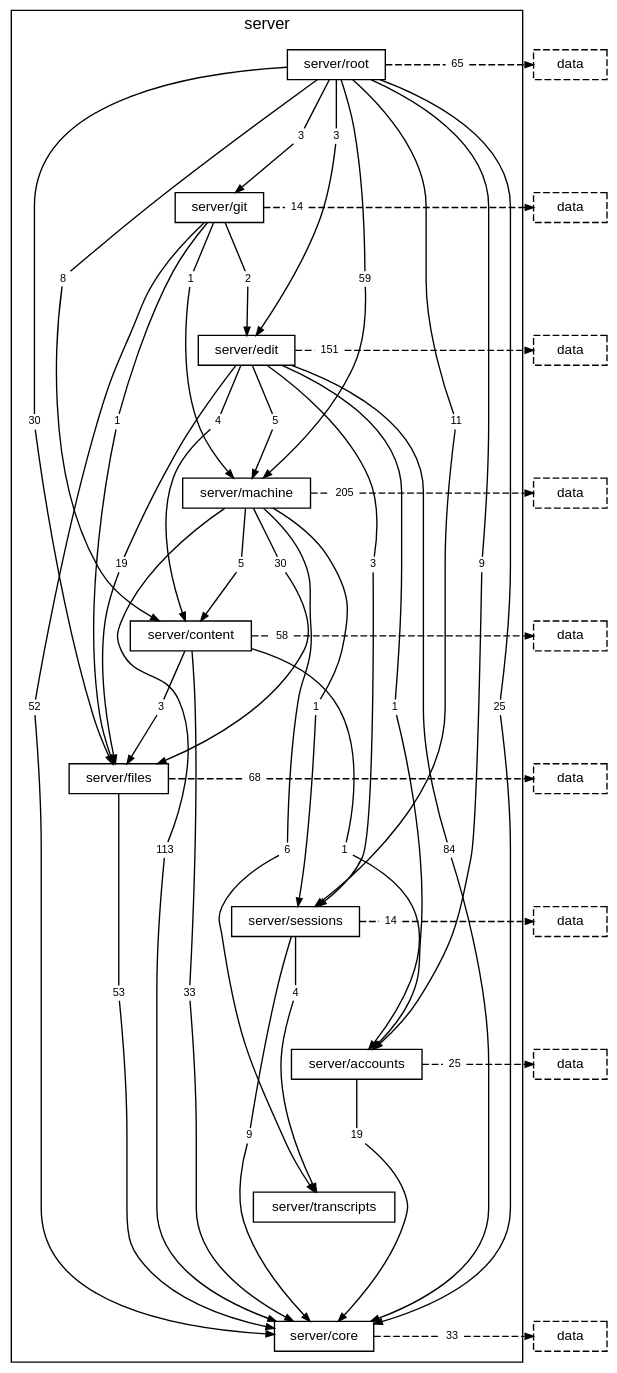
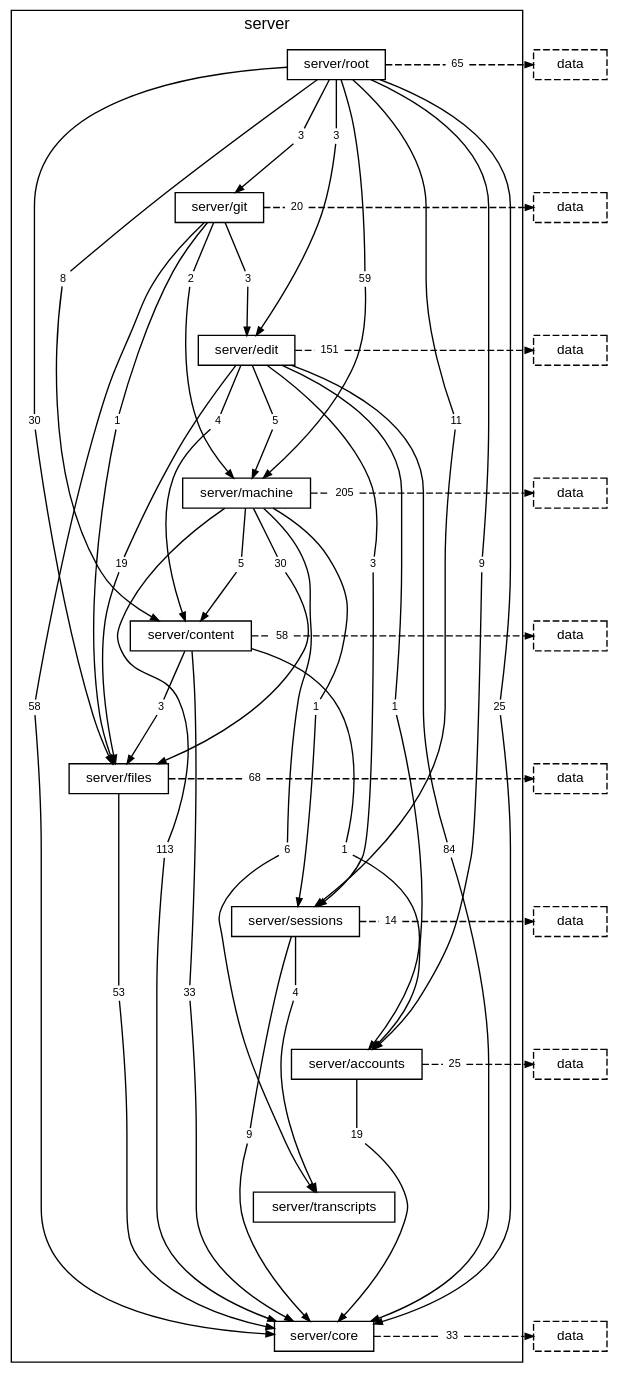
Before and after one commit to TheAxeC/oculus: the diagram in docs/diagrams/layer-server.dot, drawn with Graphviz. The commit also changed 74 other files, not shown here.

```diff
--- a/docs/diagrams/layer-server.dot
+++ b/docs/diagrams/layer-server.dot
@@ -23,11 +23,11 @@
         "folder server/root to folder server/machine" [label="59", shape=box, color="transparent", fontsize=8, width=0, height=0, margin="0.04,0.02"];
         "folder server/root to folder server/sessions" [label="11", shape=box, color="transparent", fontsize=8, width=0, height=0, margin="0.04,0.02"];
         "folder server/root to layer data" [label="65", shape=box, color="transparent", fontsize=8, width=0, height=0, margin="0.04,0.02"];
-        "folder server/git to folder server/core" [label="52", shape=box, color="transparent", fontsize=8, width=0, height=0, margin="0.04,0.02"];
-        "folder server/git to folder server/edit" [label="2", shape=box, color="transparent", fontsize=8, width=0, height=0, margin="0.04,0.02"];
+        "folder server/git to folder server/core" [label="58", shape=box, color="transparent", fontsize=8, width=0, height=0, margin="0.04,0.02"];
+        "folder server/git to folder server/edit" [label="3", shape=box, color="transparent", fontsize=8, width=0, height=0, margin="0.04,0.02"];
         "folder server/git to folder server/files" [label="1", shape=box, color="transparent", fontsize=8, width=0, height=0, margin="0.04,0.02"];
-        "folder server/git to folder server/machine" [label="1", shape=box, color="transparent", fontsize=8, width=0, height=0, margin="0.04,0.02"];
-        "folder server/git to layer data" [label="14", shape=box, color="transparent", fontsize=8, width=0, height=0, margin="0.04,0.02"];
+        "folder server/git to folder server/machine" [label="2", shape=box, color="transparent", fontsize=8, width=0, height=0, margin="0.04,0.02"];
+        "folder server/git to layer data" [label="20", shape=box, color="transparent", fontsize=8, width=0, height=0, margin="0.04,0.02"];
         "folder server/edit to folder server/accounts" [label="1", shape=box, color="transparent", fontsize=8, width=0, height=0, margin="0.04,0.02"];
         "folder server/edit to folder server/content" [label="4", shape=box, color="transparent", fontsize=8, width=0, height=0, margin="0.04,0.02"];
         "folder server/edit to folder server/core" [label="84", shape=box, color="transparent", fontsize=8, width=0, height=0, margin="0.04,0.02"];
```
